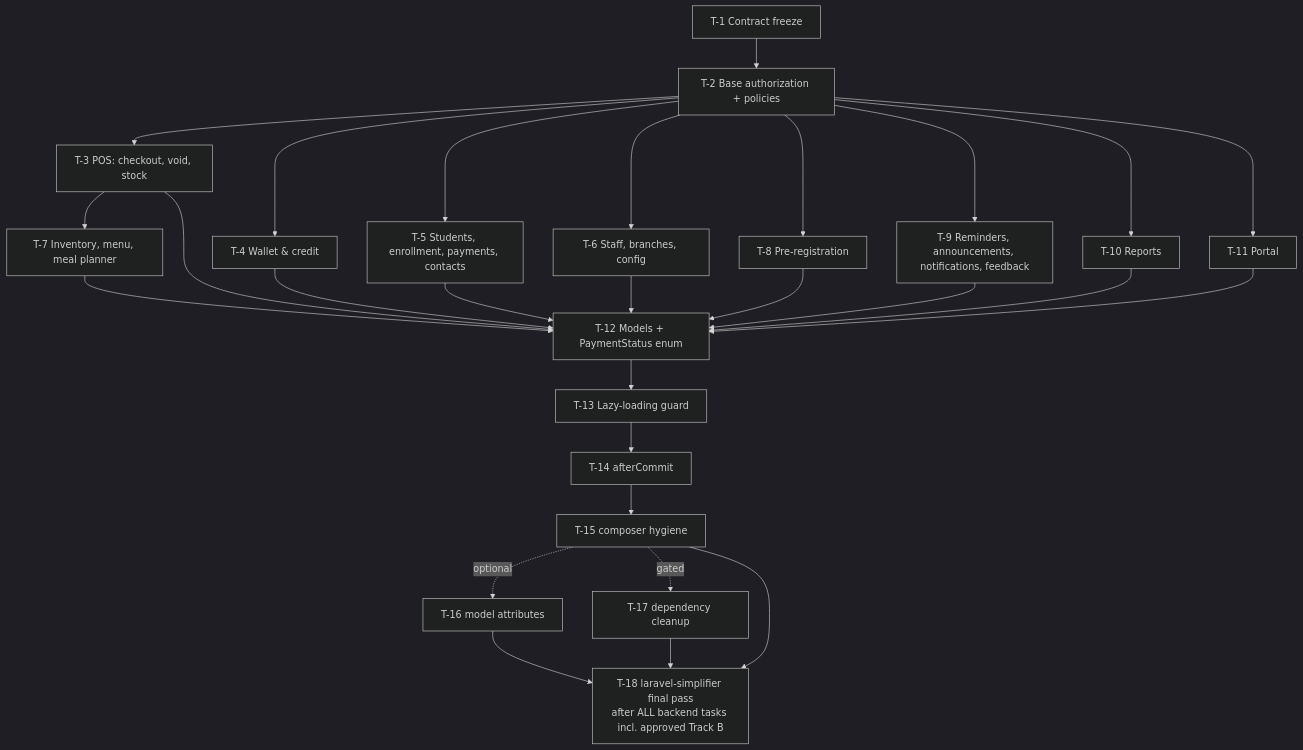
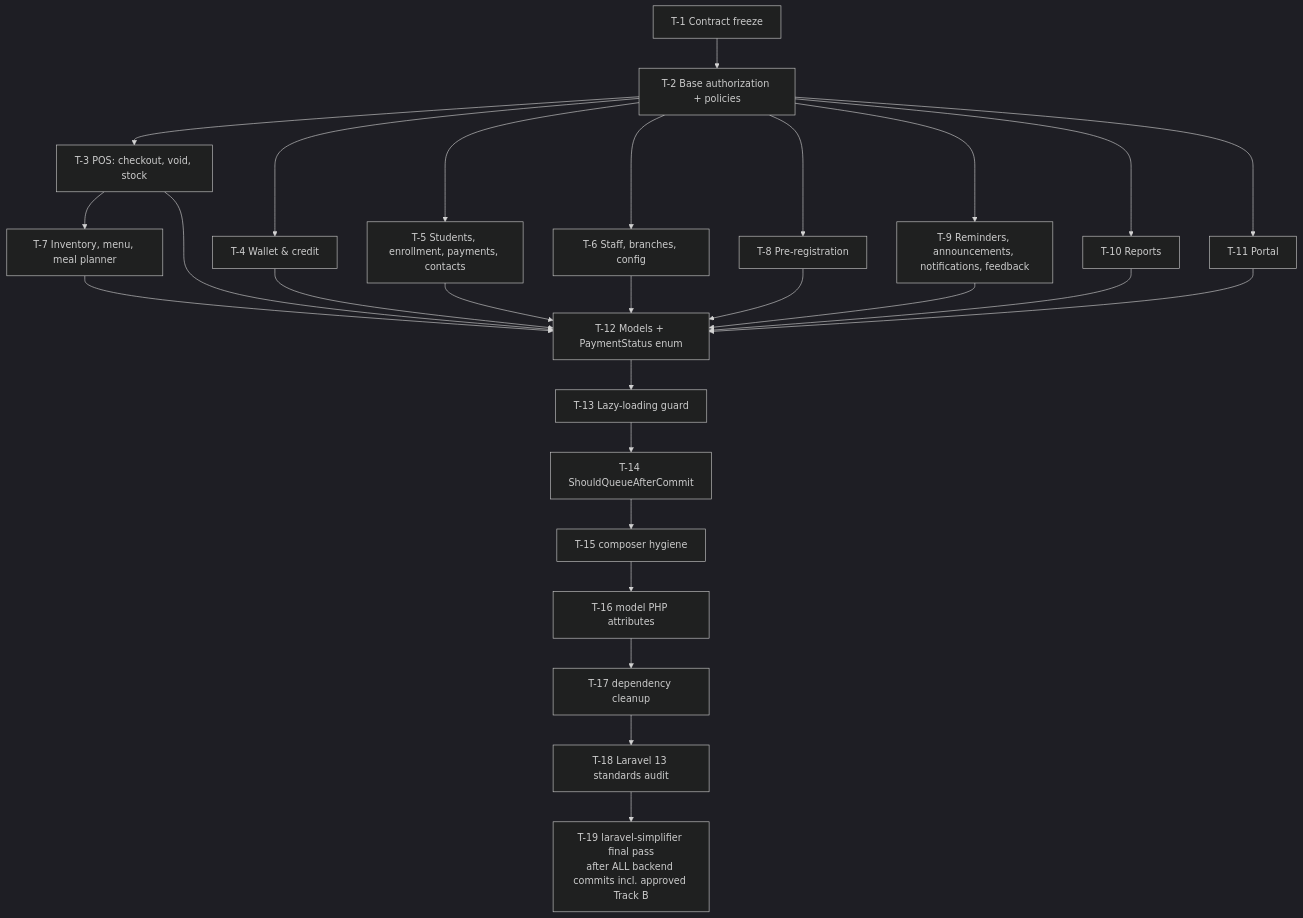
The second of 2 diagrams in .kiro/specs/16-backend-code-quality/design.md (jvcayao/sunbites-api), drawn with Mermaid (dark theme) before and after one commit. The commit also changed other lines of this file and 4 other files, not shown here.

````diff
--- a/.kiro/specs/16-backend-code-quality/design.md
+++ b/.kiro/specs/16-backend-code-quality/design.md
@@ -862,20 +953,21 @@
 ```mermaid
 graph TD
   T1[T-1 Contract freeze] --> T2[T-2 Base authorization + policies]
   T2 --> T3[T-3 POS: checkout, void, stock]
   T2 --> T4[T-4 Wallet & credit]
   T2 --> T5[T-5 Students, enrollment, payments, contacts]
   T2 --> T6[T-6 Staff, branches, config]
   T3 --> T7[T-7 Inventory, menu, meal planner]
   T2 --> T8[T-8 Pre-registration]
   T2 --> T9[T-9 Reminders, announcements, notifications, feedback]
   T2 --> T10[T-10 Reports]
   T2 --> T11[T-11 Portal]
   T3 & T4 & T5 & T6 & T7 & T8 & T9 & T10 & T11 --> T12[T-12 Models + PaymentStatus enum]
   T12 --> T13[T-13 Lazy-loading guard]
-  T13 --> T14[T-14 afterCommit]
+  T13 --> T14[T-14 ShouldQueueAfterCommit]
   T14 --> T15[T-15 composer hygiene]
-  T15 -.optional.-> T16[T-16 model attributes]
-  T15 -.gated.-> T17[T-17 dependency cleanup]
-  T15 & T16 & T17 --> T18[T-18 laravel-simplifier final pass<br/>after ALL backend tasks incl. approved Track B]
+  T15 --> T16[T-16 model PHP attributes]
+  T16 --> T17[T-17 dependency cleanup]
+  T17 --> T18[T-18 Laravel 13 standards audit]
+  T18 --> T19[T-19 laravel-simplifier final pass<br/>after ALL backend commits incl. approved Track B]
 ```
````
